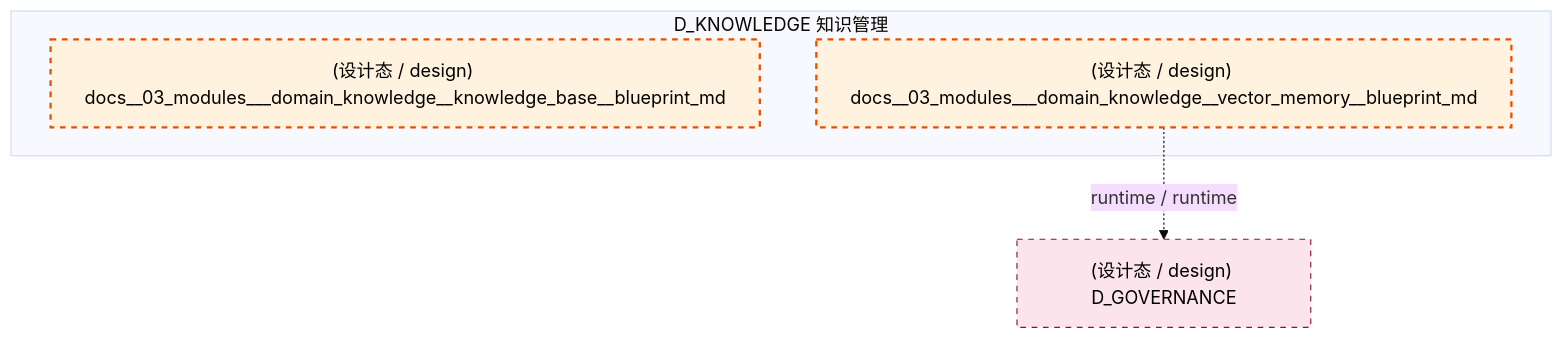
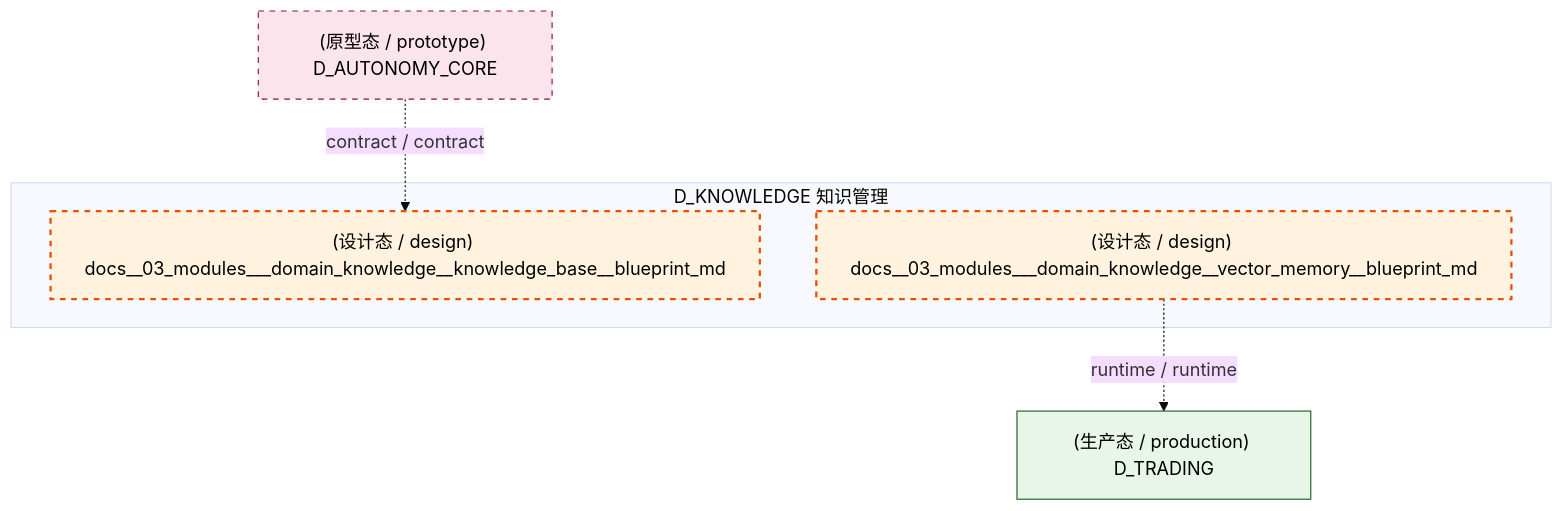
Before and after one commit to xuanFelixVan/ZephyrAlpha: the second of 4 diagrams in docs/02_enterprise_architecture/02_domain_architecture_docs/40_d_knowledge.md, drawn with Mermaid (base theme). The commit also changed other lines of this file and 100 other files, not shown here.

````diff
--- a/docs/02_enterprise_architecture/02_domain_architecture_docs/40_d_knowledge.md
+++ b/docs/02_enterprise_architecture/02_domain_architecture_docs/40_d_knowledge.md
@@ -110,15 +113,18 @@
 ```mermaid
 graph TD
     subgraph D_KNOWLEDGE["D_KNOWLEDGE 知识管理"]
         docs_03_modules_domain_knowledge_knowledge_base_blueprint_md["(设计态 / design) docs__03_modules___domain_knowledge__knowledge_base__blueprint_md"]
         docs_03_modules_domain_knowledge_vector_memory_blueprint_md["(设计态 / design) docs__03_modules___domain_knowledge__vector_memory__blueprint_md"]
     end
-    D_GOVERNANCE["(设计态 / design) D_GOVERNANCE"]
-    docs_03_modules_domain_knowledge_vector_memory_blueprint_md -.->|runtime / runtime| D_GOVERNANCE
+    D_TRADING["(生产态 / production) D_TRADING"]
+    docs_03_modules_domain_knowledge_vector_memory_blueprint_md -.->|runtime / runtime| D_TRADING
+    D_AUTONOMY_CORE["(原型态 / prototype) D_AUTONOMY_CORE"]
+    D_AUTONOMY_CORE -.->|contract / contract| docs_03_modules_domain_knowledge_knowledge_base_blueprint_md
     classDef production fill:#e1f5fe,stroke:#01579b,stroke-width:2px,color:#000
     classDef design fill:#fff3e0,stroke:#e65100,stroke-width:2px,color:#000,stroke-dasharray: 5 5
     classDef external_prod fill:#e8f5e9,stroke:#1b5e20,stroke-width:1px,color:#000
     classDef external_design fill:#fce4ec,stroke:#880e4f,stroke-width:1px,color:#000,stroke-dasharray: 5 5
     class docs_03_modules_domain_knowledge_knowledge_base_blueprint_md,docs_03_modules_domain_knowledge_vector_memory_blueprint_md design
-    class D_GOVERNANCE external_design
+    class D_TRADING external_prod
+    class D_AUTONOMY_CORE external_design
 ```
````
